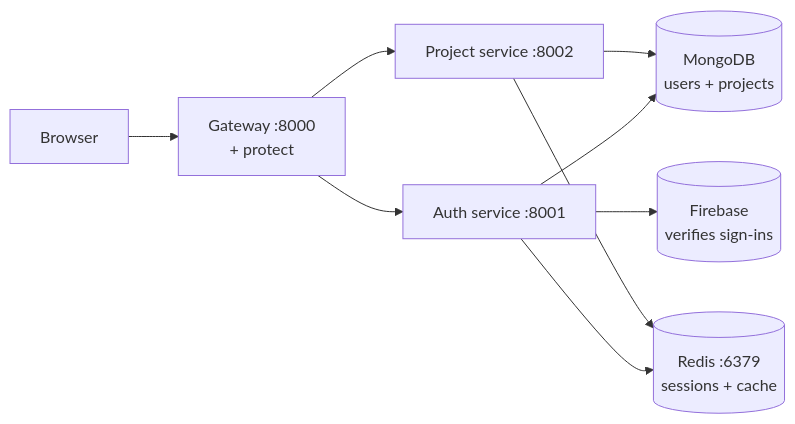
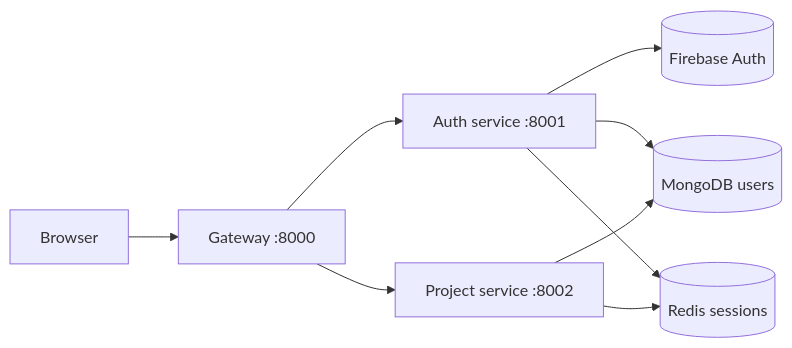
Before and after one commit to yamanhassan1/NexPulse: the diagram in README.md, drawn with Mermaid. The commit also changed other lines of this file and 7 other files, not shown here.

Commit message:
Refactor project service documentation for clarity and structure; update frontend README for improved flow and organization; revise getting started guide for better setup instructions and troubleshooting tips.

````diff
--- a/README.md
+++ b/README.md
@@ -15,11 +19,11 @@
 ```mermaid
 flowchart LR
-    B[Browser] --> G["Gateway :8000<br>+ protect"]
+    B[Browser] --> G["Gateway :8000"]
     G --> A["Auth service :8001"]
     G --> P["Project service :8002"]
-    A --> M[("MongoDB<br>users + projects")]
+    A --> F[("Firebase Auth")]
+    A --> M[("MongoDB users")]
+    A --> R[("Redis sessions")]
     P --> M
-    A --> R[("Redis :6379<br>sessions + cache")]
     P --> R
-    A --> F[("Firebase<br>verifies sign-ins")]
 ```
````
